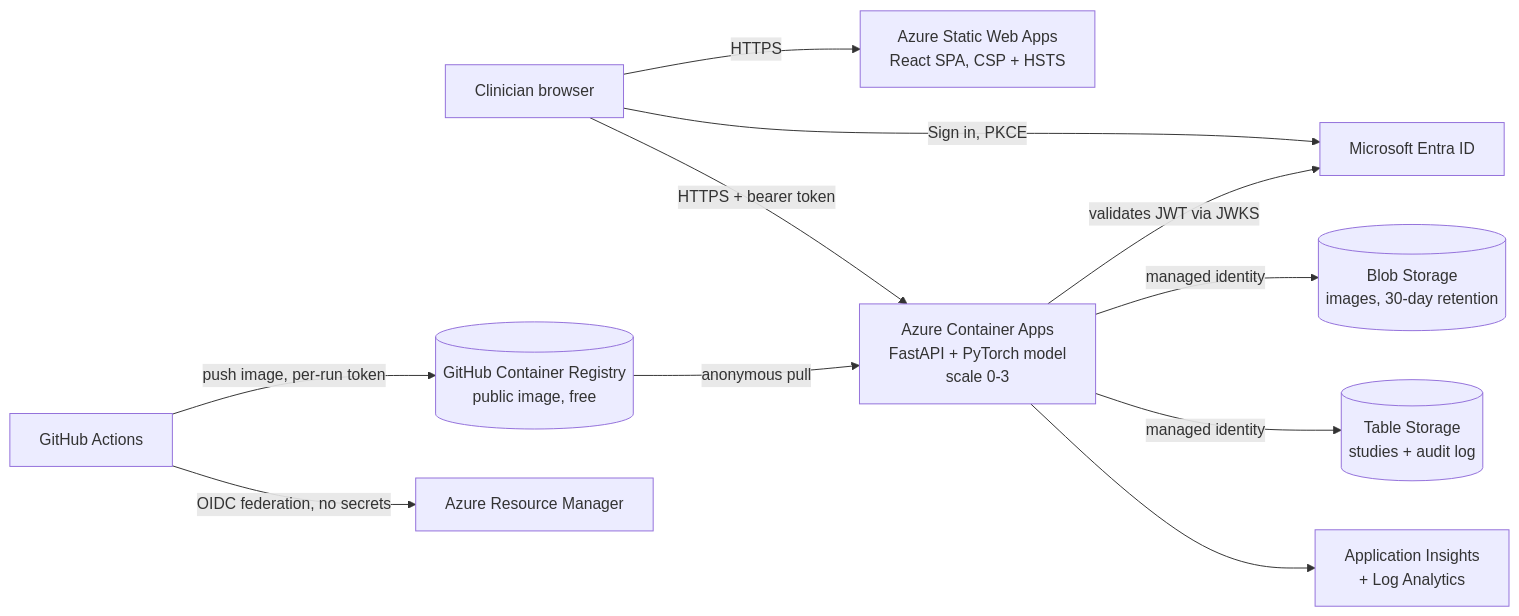
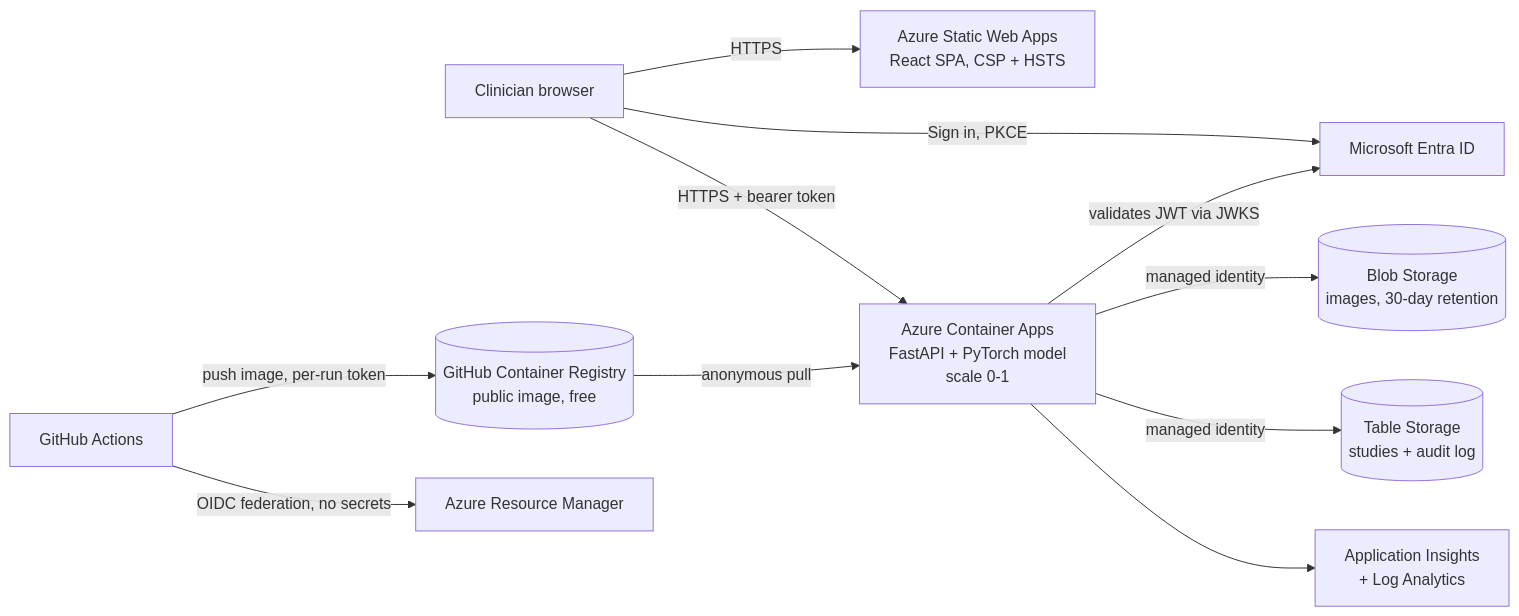
Before and after one commit to Md-Faiz-Alam/Lungs-Disease-Diagnosis: the first of 2 diagrams in docs/azure-deployment.md, drawn with Mermaid. The commit also changed other lines of this file and 2 other files, not shown here.

Commit message:
Cap API at one replica; add live demo links
Limit Container Apps to a single replica to bound worst-case cost on student credit and make the per-replica rate limit exact. Link the live web app and API docs from the README; exclude the notebook from language stats.

````diff
--- a/docs/azure-deployment.md
+++ b/docs/azure-deployment.md
@@ -8,13 +8,13 @@
 ```mermaid
 flowchart LR
     U[Clinician browser] -->|HTTPS| SWA[Azure Static Web Apps<br/>React SPA, CSP + HSTS]
     U -->|Sign in, PKCE| ENTRA[Microsoft Entra ID]
-    U -->|HTTPS + bearer token| CA[Azure Container Apps<br/>FastAPI + PyTorch model<br/>scale 0-3]
+    U -->|HTTPS + bearer token| CA[Azure Container Apps<br/>FastAPI + PyTorch model<br/>scale 0-1]
     CA -->|validates JWT via JWKS| ENTRA
     CA -->|managed identity| BLOB[(Blob Storage<br/>images, 30-day retention)]
     CA -->|managed identity| TABLE[(Table Storage<br/>studies + audit log)]
     GHCR[(GitHub Container Registry<br/>public image, free)] -->|anonymous pull| CA
     CA --> AI[Application Insights<br/>+ Log Analytics]
     GH[GitHub Actions] -->|OIDC federation, no secrets| ARM[Azure Resource Manager]
     GH -->|push image, per-run token| GHCR
 ```
````
